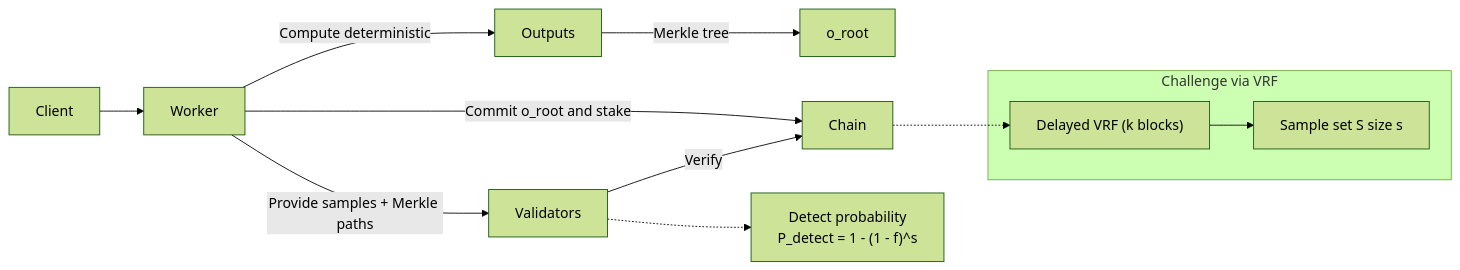
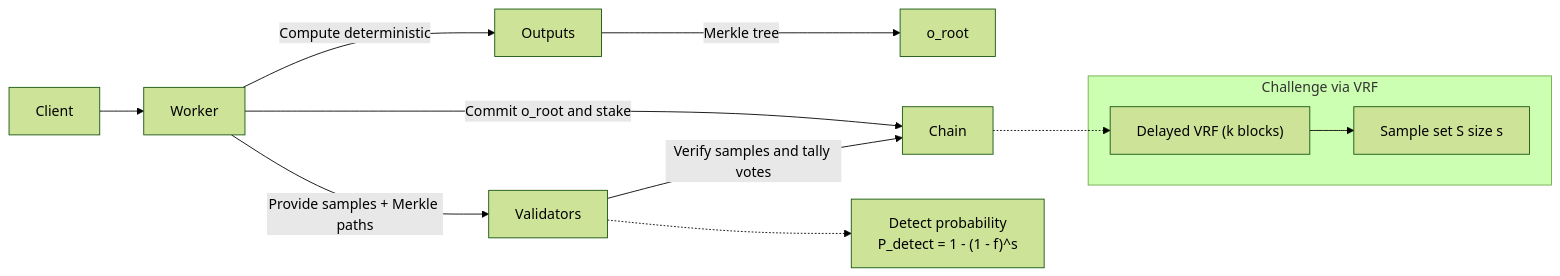
One commit to axionaxprotocol/axionax-monolith changed the fifth of 9 diagrams in apps/web/apps/docs/ARCHITECTURE.md. Above: the diagram before and after it, drawn with Mermaid (forest theme). The commit also changed other lines of this file and 35 other files, not shown here.

````diff
--- a/apps/web/apps/docs/ARCHITECTURE.md
+++ b/apps/web/apps/docs/ARCHITECTURE.md
@@ -190,19 +197,19 @@
 ```mermaid
 flowchart LR
     Client["Client"] --> W["Worker"]
     W -->|Compute deterministic| Out["Outputs"]
     Out -->|Merkle tree| Root["o_root"]
     W -->|Commit o_root and stake| Chain["Chain"]
 
     subgraph Challenge["Challenge via VRF"]
         VRF["Delayed VRF (k blocks)"]
         S["Sample set S size s"]
     end
 
     Chain -.-> VRF --> S
     W -->|Provide samples + Merkle paths| V["Validators"]
-    V -->|Verify| Chain
+    V -->|Verify samples and tally votes| Chain
 
     PDetect["Detect probability<br/>P_detect = 1 - (1 - f)^s"]
     V -.-> PDetect
 ```
````
